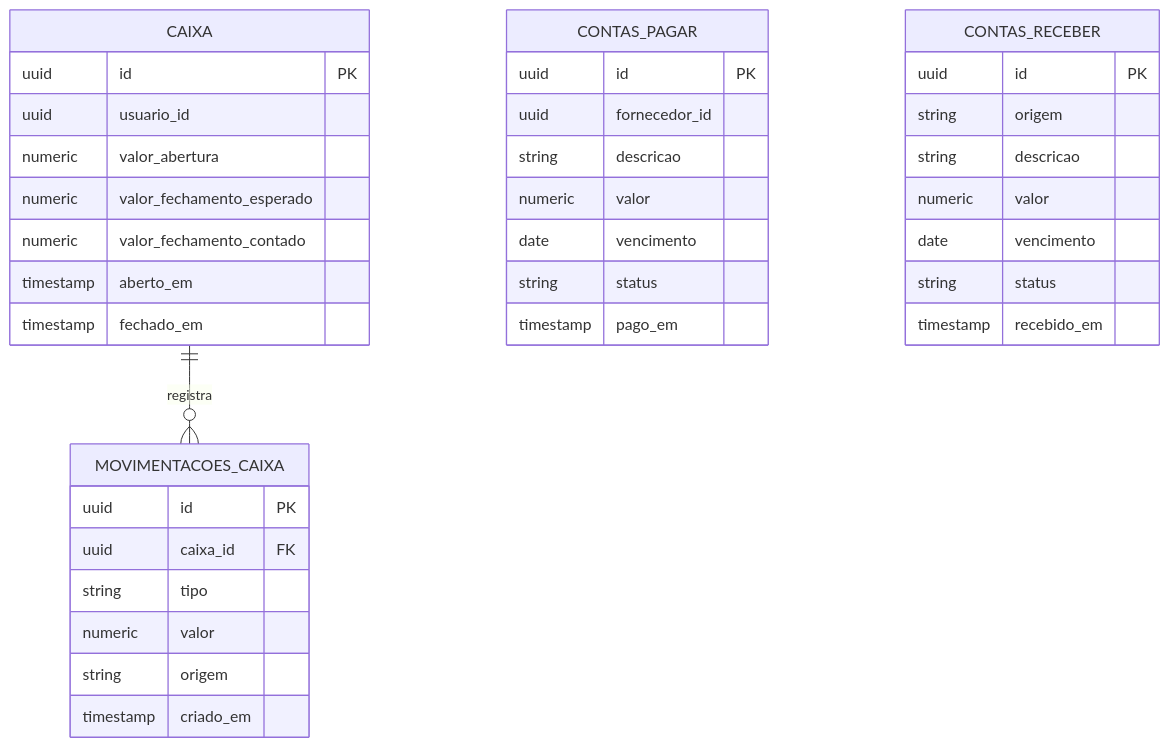
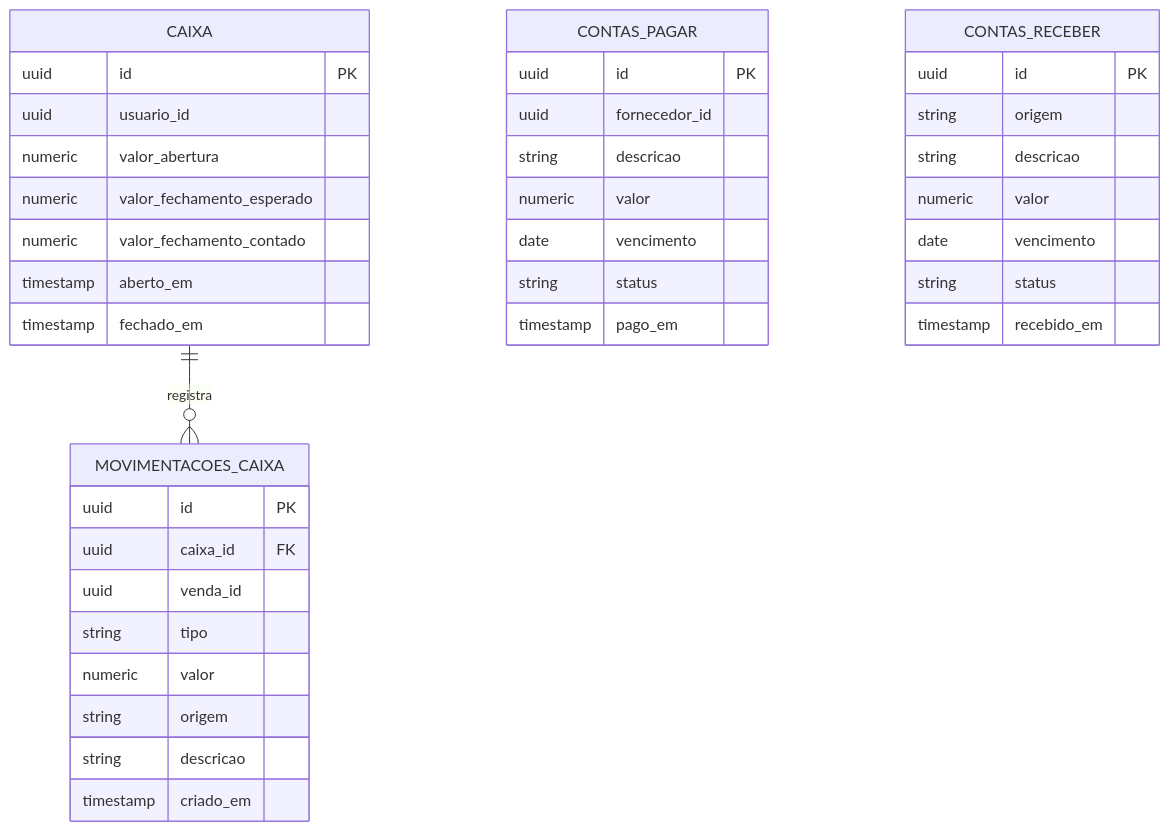
One commit to EduFerreira13/Arkos-Farmacia changed the fourth of 6 diagrams in docs/MODELO-DADOS.md. Above: the diagram before and after it, drawn with Mermaid. The commit also changed other lines of this file, not shown here.

First line of the commit message:
docs: sincroniza MODELO-DADOS.md com o schema real do banco

````diff
--- a/docs/MODELO-DADOS.md
+++ b/docs/MODELO-DADOS.md
@@ -148,40 +241,42 @@
 ```mermaid
 erDiagram
   CAIXA ||--o{ MOVIMENTACOES_CAIXA : registra
 
   CONTAS_PAGAR {
     uuid id PK
     uuid fornecedor_id
     string descricao
     numeric valor
     date vencimento
     string status
     timestamp pago_em
   }
   CONTAS_RECEBER {
     uuid id PK
     string origem
     string descricao
     numeric valor
     date vencimento
     string status
     timestamp recebido_em
   }
   CAIXA {
     uuid id PK
     uuid usuario_id
     numeric valor_abertura
     numeric valor_fechamento_esperado
     numeric valor_fechamento_contado
     timestamp aberto_em
     timestamp fechado_em
   }
   MOVIMENTACOES_CAIXA {
     uuid id PK
     uuid caixa_id FK
+    uuid venda_id
     string tipo
     numeric valor
     string origem
+    string descricao
     timestamp criado_em
   }
 ```
````
